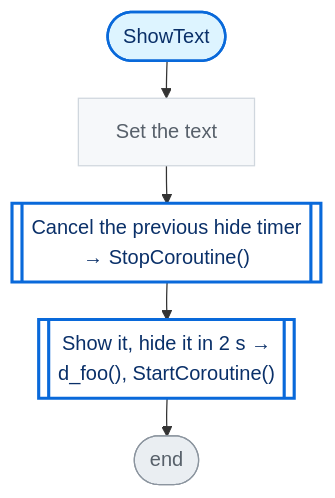
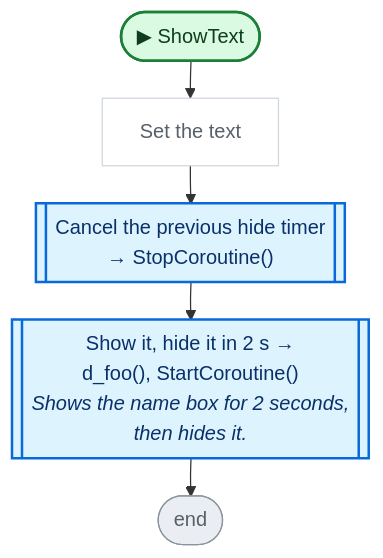
One commit to nataiai/Lord-of-the-Dungeon changed the third of 6 diagrams in CodeGraph~/graph/UI.cs.md. Above: the diagram before and after it, drawn with Mermaid. The commit also changed other lines of this file and 44 other files, not shown here.

````diff
--- a/CodeGraph~/graph/UI.cs.md
+++ b/CodeGraph~/graph/UI.cs.md
@@ -115,33 +119,37 @@
 ```mermaid
 ---
 config:
   flowchart:
     wrappingWidth: 260
     nodeSpacing: 26
     rankSpacing: 30
 ---
 flowchart TD
-  nS(["ShowText"])
+  nS(["▶ ShowText"])
   nfb3807["Set the text"]
   n585589[["Cancel the previous hide timer<br>→ StopCoroutine()"]]
-  n20ff75[["Show it, hide it in 2 s →<br>d_foo(), StartCoroutine()"]]
+  n20ff75[["Show it, hide it in 2 s →<br>d_foo(), StartCoroutine()<br><i>Shows the name box for 2 seconds,</i><br><i>then hides it.</i>"]]
   nE(["end"])
   nS --> nfb3807
   nfb3807 --> n585589
   n585589 --> n20ff75
   n20ff75 --> nE
-  classDef unity fill:#fff1c2,stroke:#9a6700,stroke-width:2px,color:#3b2300
-  classDef start fill:#ddf4ff,stroke:#0969da,stroke-width:2px,color:#0a3069
-  classDef calc fill:#f6f8fa,stroke:#d0d7de,color:#57606a
-  classDef calls fill:#ffffff,stroke:#0969da,stroke-width:2.5px,color:#0a3069
-  classDef cond fill:#ffffff,stroke:#6e7781,stroke-width:1.5px,color:#1f2328
-  classDef loop fill:#fbefff,stroke:#8250df,color:#3e1f79
-  classDef exit fill:#eaeef2,stroke:#57606a,color:#24292f
-  classDef wait fill:#fff8f0,stroke:#bc4c00,color:#4d1d00
+  classDef unity fill:#dafbe1,stroke:#1a7f37,stroke-width:2px,color:#0f3d1d
+  classDef start fill:#dafbe1,stroke:#1a7f37,stroke-width:2px,color:#0f3d1d
+  classDef calc fill:#ffffff,stroke:#d0d7de,color:#57606a
+  classDef calls fill:#ddf4ff,stroke:#0969da,stroke-width:2px,color:#0a3069
+  classDef ext fill:#ddf4ff,stroke:#0969da,stroke-width:2px,stroke-dasharray:5 3,color:#0a3069
+  classDef cond fill:#fff8c5,stroke:#bf8700,stroke-width:1.5px,color:#3d2a00
+  classDef loop fill:#f6f8fa,stroke:#57606a,color:#1f2328
+  classDef exit fill:#ffebe9,stroke:#cf222e,color:#82071e
+  classDef kill fill:#ffebe9,stroke:#cf222e,stroke-width:2px,color:#82071e
+  classDef spawn fill:#dafbe1,stroke:#1a7f37,stroke-width:2px,color:#0f3d1d
+  classDef wait fill:#fff1e5,stroke:#bc4c00,color:#4d1d00
   classDef fin fill:#eaeef2,stroke:#8c959f,color:#57606a
   classDef join fill:#d0d7de,stroke:#8c959f,color:#57606a
+  classDef ghdr fill:#f5f9ff,stroke:#f5f9ff,color:#0a3069,font-weight:bold
   class nfb3807 calc
   class n585589,n20ff75 calls
   class nE fin
   class nS start
 ```
````
